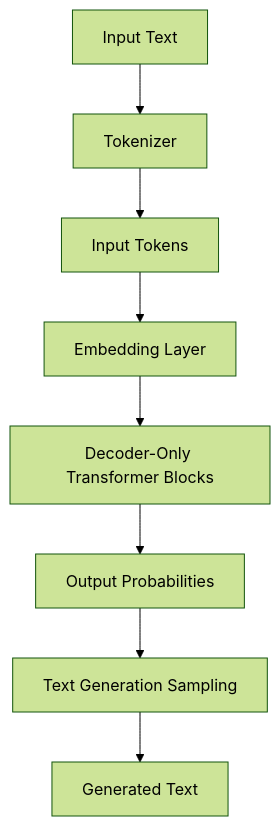
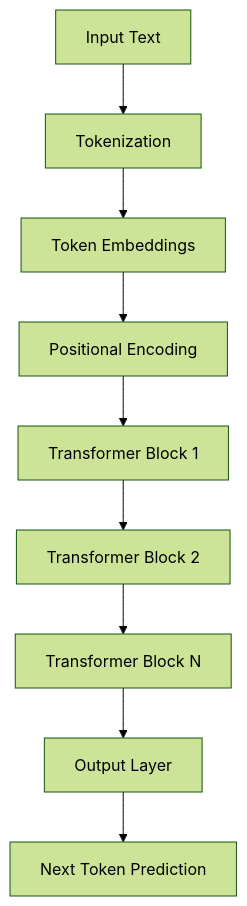
The first of 2 diagrams in project_1/lecture-notes.md (rkdnc9/ai-eng-projects-2), drawn with Mermaid (forest theme) before and after one commit. The commit also changed other lines of this file, not shown here.

````diff
--- a/project_1/lecture-notes.md
+++ b/project_1/lecture-notes.md
@@ -95,10 +255,11 @@
 ```mermaid
 graph TD
-    A[Input Text] --> B[Tokenizer]
-    B --> C[Input Tokens]
-    C --> D[Embedding Layer]
-    D --> E[Decoder-Only Transformer Blocks]
-    E --> F[Output Probabilities]
-    F --> G[Text Generation Sampling]
-    G --> H[Generated Text]
+    A[Input Text] --> B[Tokenization]
+    B --> C[Token Embeddings]
+    C --> D[Positional Encoding]
+    D --> E[Transformer Block 1]
+    E --> F[Transformer Block 2]
+    F --> G[Transformer Block N]
+    G --> H[Output Layer]
+    H --> I[Next Token Prediction]
 ```
````
